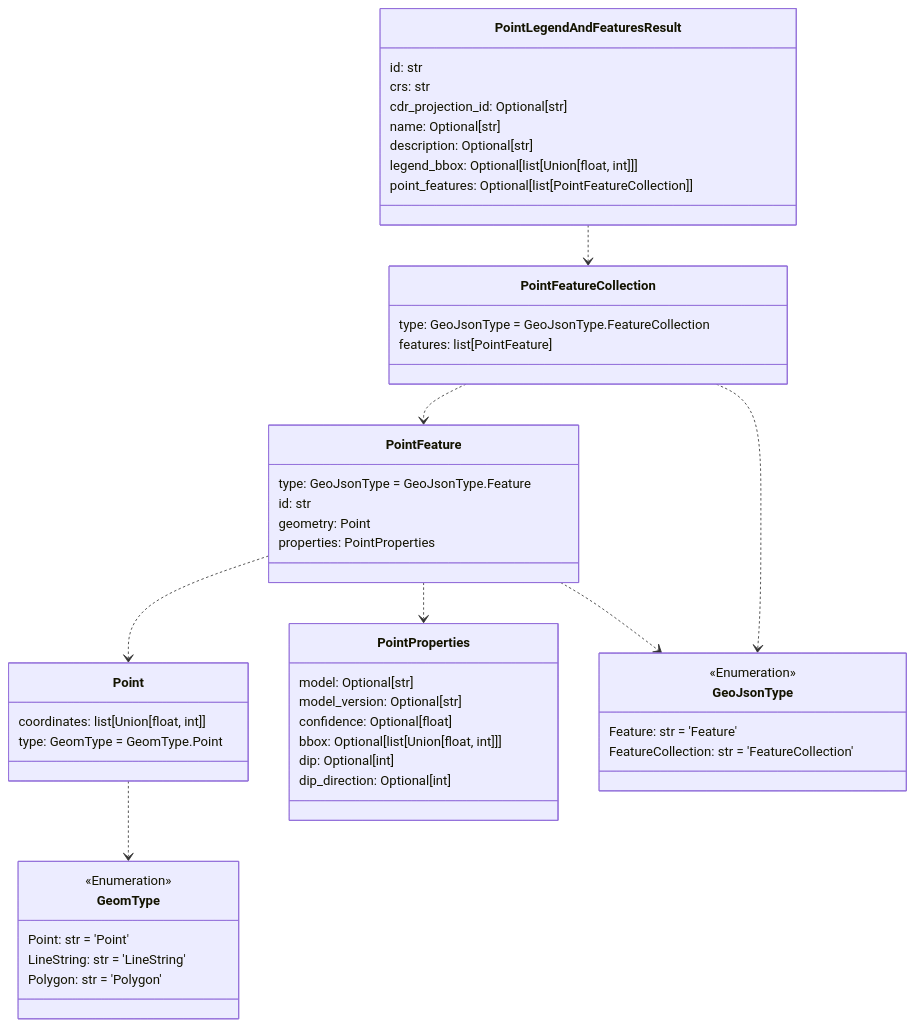
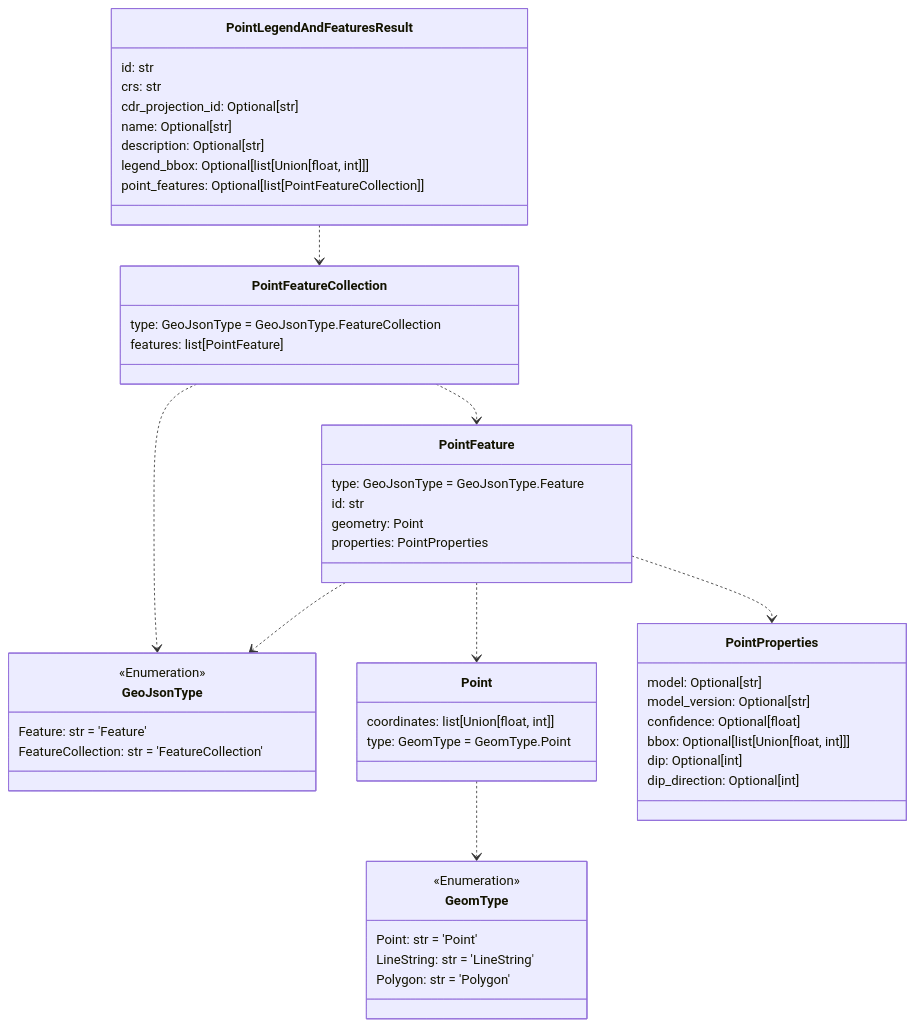
Before and after one commit to UW-xDD/cdr_schemas: the fourth of 8 diagrams in README.md, drawn with Mermaid. The commit also changed other lines of this file, not shown here.

Commit message:
Update readme with document diagram

````diff
--- a/README.md
+++ b/README.md
@@ -278,62 +278,62 @@
 ```mermaid
 classDiagram
+
+    class GeoJsonType {
+        <<Enumeration>>
+        Feature: str = 'Feature'
+        FeatureCollection: str = 'FeatureCollection'
+    }
 
     class Point {
         coordinates: list[Union[float, int]]
         type: GeomType = GeomType.Point
+    }
+
+    class PointFeatureCollection {
+        type: GeoJsonType = GeoJsonType.FeatureCollection
+        features: list[PointFeature]
+    }
+
+    class PointFeature {
+        type: GeoJsonType = GeoJsonType.Feature
+        id: str
+        geometry: Point
+        properties: PointProperties
+    }
+
+    class PointProperties {
+        model: Optional[str]
+        model_version: Optional[str]
+        confidence: Optional[float]
+        bbox: Optional[list[Union[float, int]]]
+        dip: Optional[int]
+        dip_direction: Optional[int]
+    }
+
+    class GeomType {
+        <<Enumeration>>
+        Point: str = 'Point'
+        LineString: str = 'LineString'
+        Polygon: str = 'Polygon'
     }
 
     class PointLegendAndFeaturesResult {
         id: str
         crs: str
         cdr_projection_id: Optional[str]
         name: Optional[str]
         description: Optional[str]
         legend_bbox: Optional[list[Union[float, int]]]
         point_features: Optional[list[PointFeatureCollection]]
     }
 
-    class GeomType {
-        <<Enumeration>>
-        Point: str = 'Point'
-        LineString: str = 'LineString'
-        Polygon: str = 'Polygon'
-    }
-
-    class PointProperties {
-        model: Optional[str]
-        model_version: Optional[str]
-        confidence: Optional[float]
-        bbox: Optional[list[Union[float, int]]]
-        dip: Optional[int]
-        dip_direction: Optional[int]
-    }
-
-    class PointFeature {
-        type: GeoJsonType = GeoJsonType.Feature
-        id: str
-        geometry: Point
-        properties: PointProperties
-    }
-
-    class PointFeatureCollection {
-        type: GeoJsonType = GeoJsonType.FeatureCollection
-        features: list[PointFeature]
-    }
-
-    class GeoJsonType {
-        <<Enumeration>>
-        Feature: str = 'Feature'
-        FeatureCollection: str = 'FeatureCollection'
-    }
-
     Point ..> GeomType
-    PointFeature ..> Point
     PointFeature ..> PointProperties
     PointFeature ..> GeoJsonType
+    PointFeature ..> Point
     PointFeatureCollection ..> PointFeature
     PointFeatureCollection ..> GeoJsonType
     PointLegendAndFeaturesResult ..> PointFeatureCollection
 
 
 ```
````
